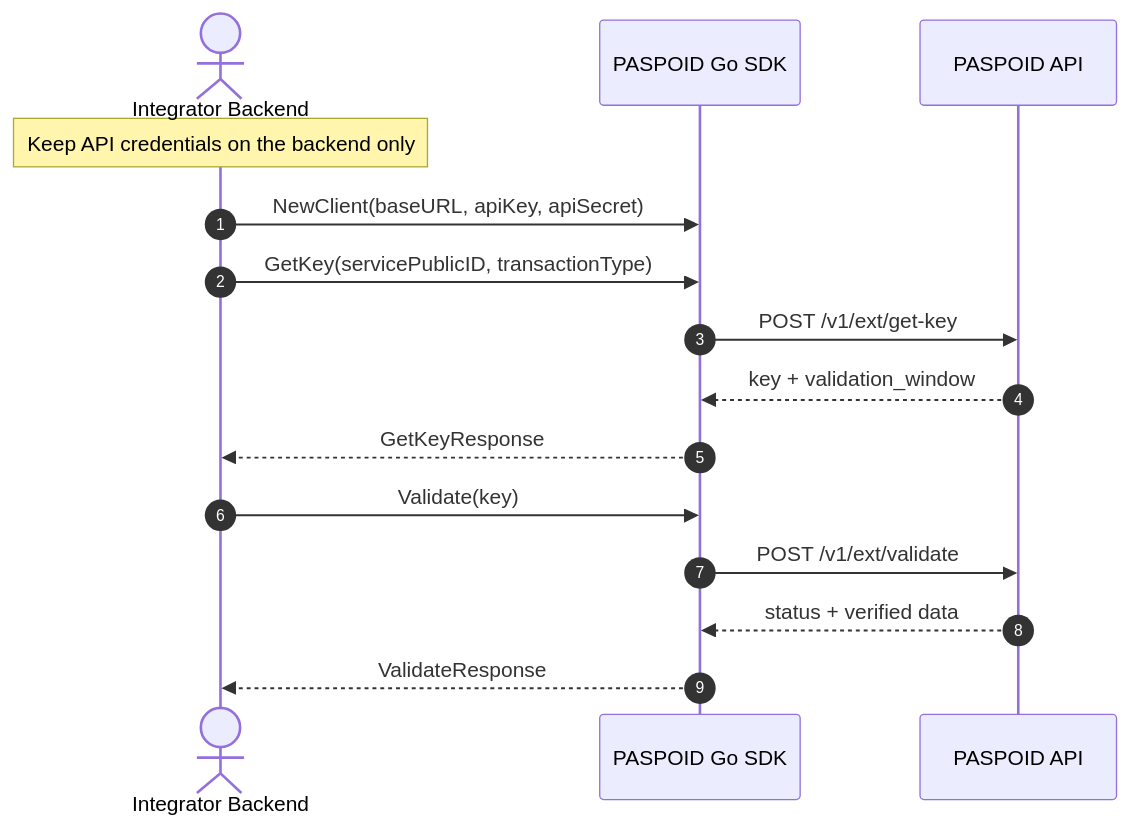
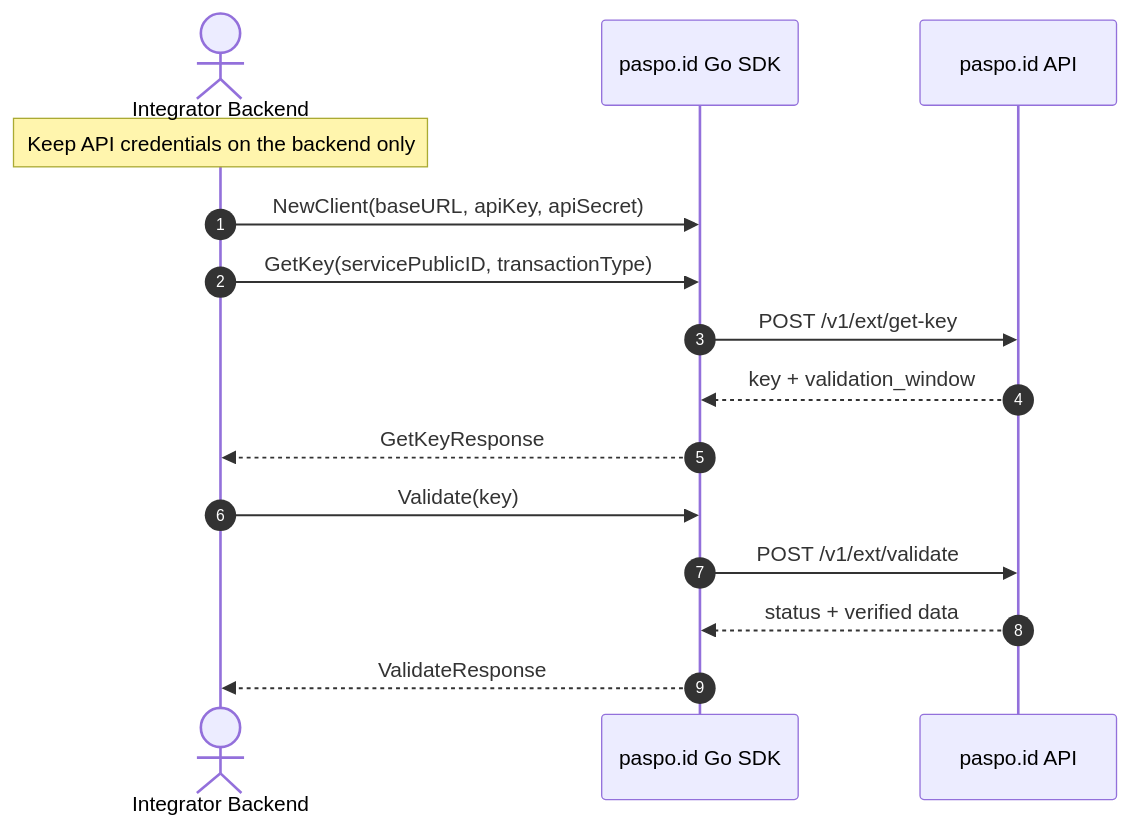
One commit to paspoid/server-api changed the diagram in README.md. Above: the diagram before and after it, drawn with Mermaid. The commit also changed other lines of this file and 1 other file, not shown here.

Commit message:
chore: update branding and copyright to paspo.id

````diff
--- a/README.md
+++ b/README.md
@@ -145,21 +145,21 @@
 ```mermaid
 sequenceDiagram
     autonumber
 
     actor Backend as Integrator Backend
-    participant SDK as PASPOID Go SDK
-    participant API as PASPOID API
+    participant SDK as paspo.id Go SDK
+    participant API as paspo.id API
 
     Note over Backend: Keep API credentials on the backend only
 
     Backend->>SDK: NewClient(baseURL, apiKey, apiSecret)
     Backend->>SDK: GetKey(servicePublicID, transactionType)
     SDK->>API: POST /v1/ext/get-key
     API-->>SDK: key + validation_window
     SDK-->>Backend: GetKeyResponse
 
     Backend->>SDK: Validate(key)
     SDK->>API: POST /v1/ext/validate
     API-->>SDK: status + verified data
     SDK-->>Backend: ValidateResponse
 ```
````
